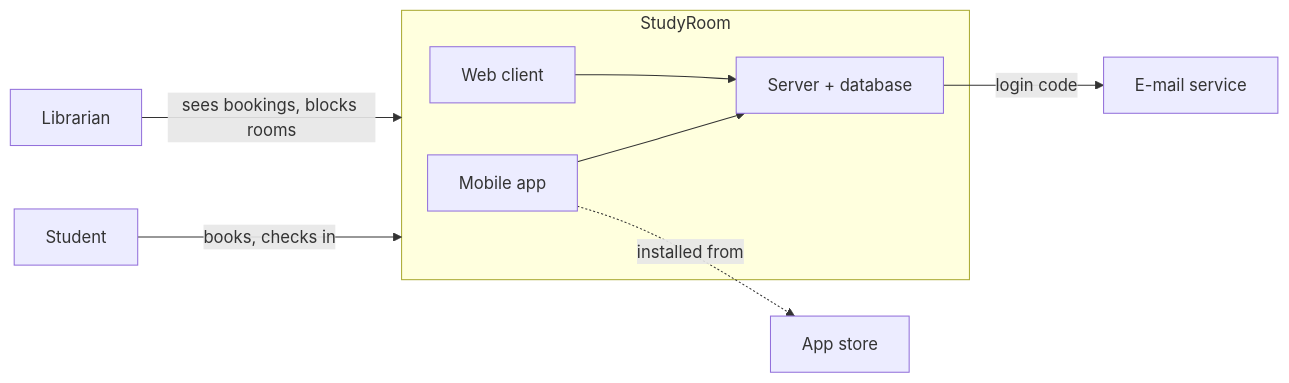
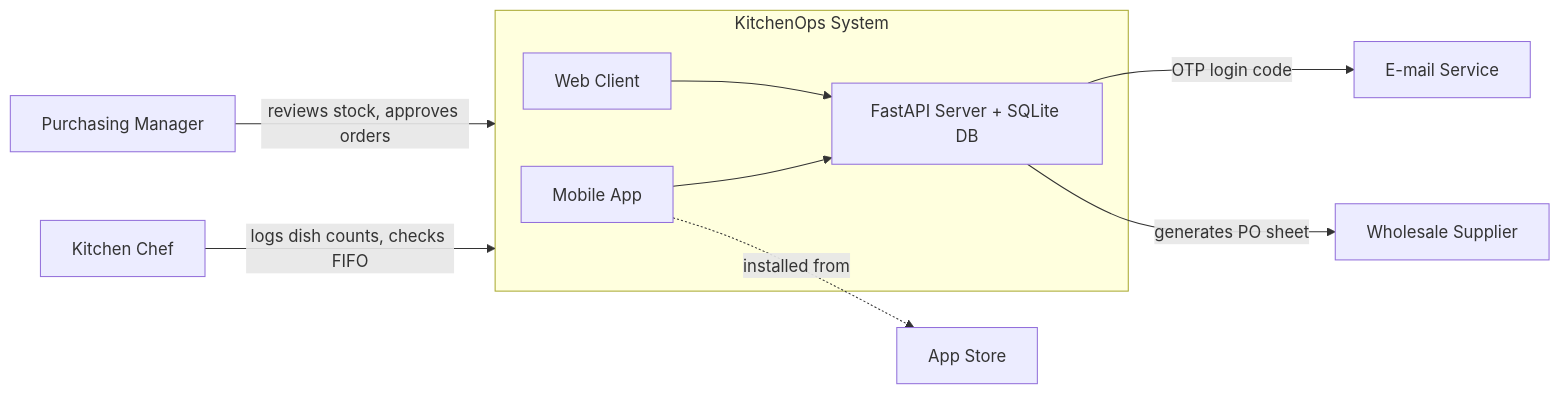
The diagram in PROPOSAL.md (anilaydeniz/aiasd-project), drawn with Mermaid before and after one commit. The commit also changed other lines of this file, not shown here.

Commit message:
week02: proposal part A and architecture for KitchenOps

````diff
--- a/PROPOSAL.md
+++ b/PROPOSAL.md
@@ -167,12 +30,12 @@
 ```mermaid
-%% EXAMPLE — replace this whole block with your own diagram
 flowchart LR
-  S[Student] -->|books, checks in| SYS
-  L[Librarian] -->|sees bookings, blocks rooms| SYS
-  subgraph SYS[StudyRoom]
-    M[Mobile app] --> API[Server + database]
-    W[Web client] --> API
+  C[Kitchen Chef] -->|logs dish counts, checks FIFO| SYS
+  M[Purchasing Manager] -->|reviews stock, approves orders| SYS
+  subgraph SYS[KitchenOps System]
+    MOB[Mobile App] --> API[FastAPI Server + SQLite DB]
+    WEB[Web Client] --> API
   end
-  API -->|login code| E[E-mail service]
-  M -.->|installed from| A[App store]
+  API -->|OTP login code| E[E-mail Service]
+  API -->|generates PO sheet| S[Wholesale Supplier]
+  MOB -.->|installed from| A[App Store]
 ```
````
